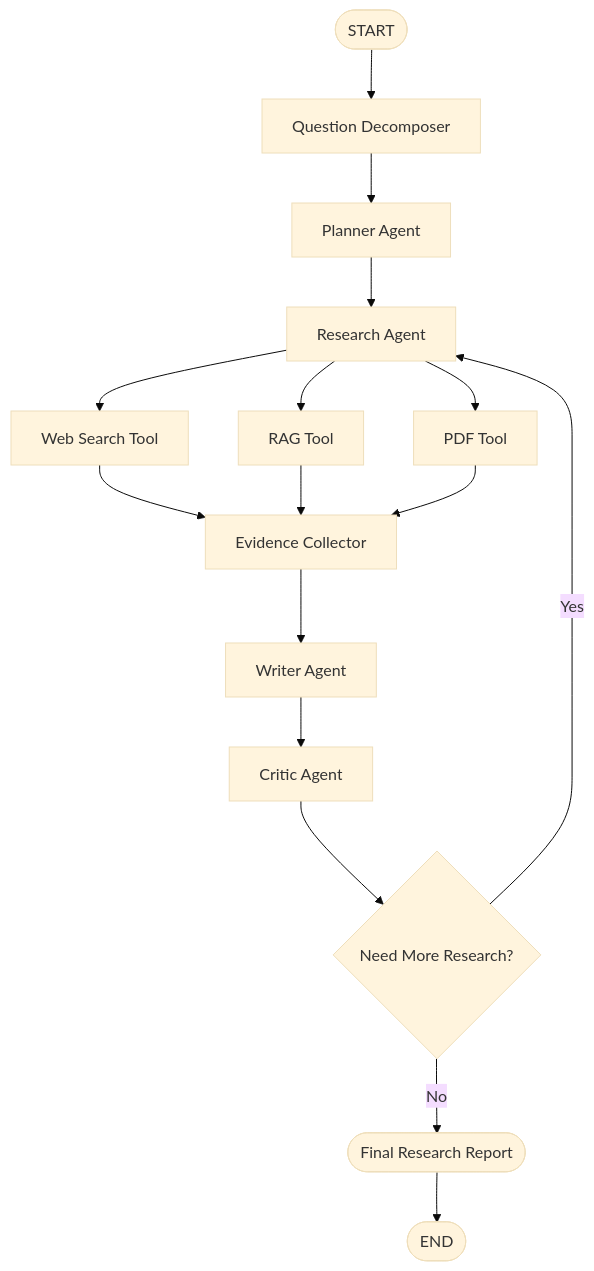
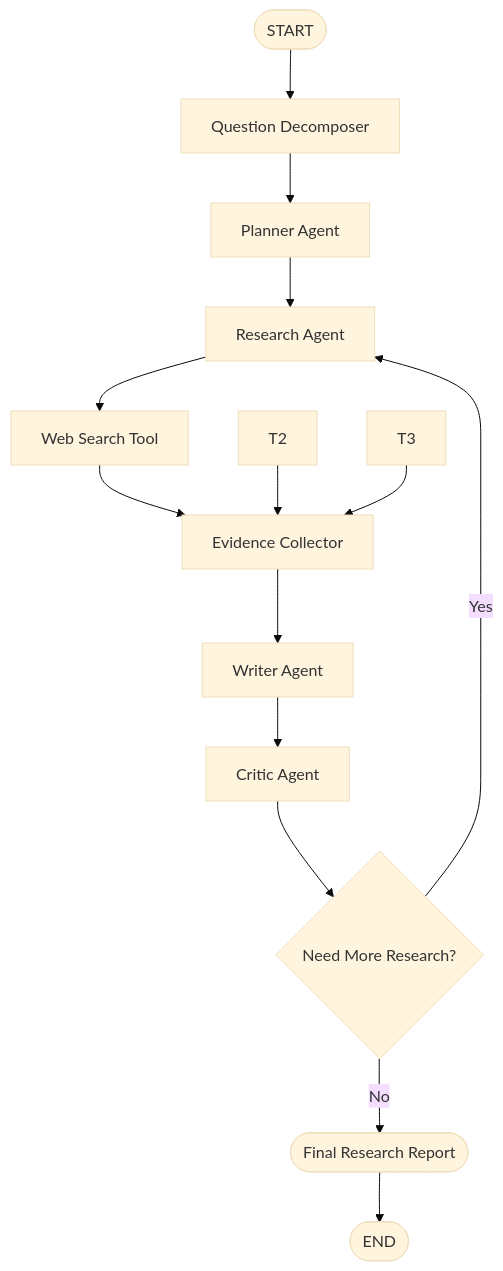
One commit to puvithk/AI-ML-Complete changed the diagram in Day 37 Agent project/deep_research_agent/README.md. Above: the diagram before and after it, drawn with Mermaid (base theme). The commit also changed 1 other file, not shown here.

Commit message:
Updated readme file

````diff
--- a/Day 37 Agent project/deep_research_agent/README.md
+++ b/Day 37 Agent project/deep_research_agent/README.md
@@ -3,25 +3,24 @@
 ```mermaid
 flowchart TD
 
     A([START]) --> B[Question Decomposer]
     B --> C[Planner Agent]
     C --> D[Research Agent]
 
     D --> T1[Web Search Tool]
-    D --> T2[RAG Tool]
-    D --> T3[PDF Tool]
+
 
     T1 --> E[Evidence Collector]
     T2 --> E
     T3 --> E
 
     E --> F[Writer Agent]
     F --> G[Critic Agent]
 
     G --> H{Need More Research?}
 
     H -->|Yes| D
     H -->|No| I([Final Research Report])
 
     I --> J([END])
 ```
````
